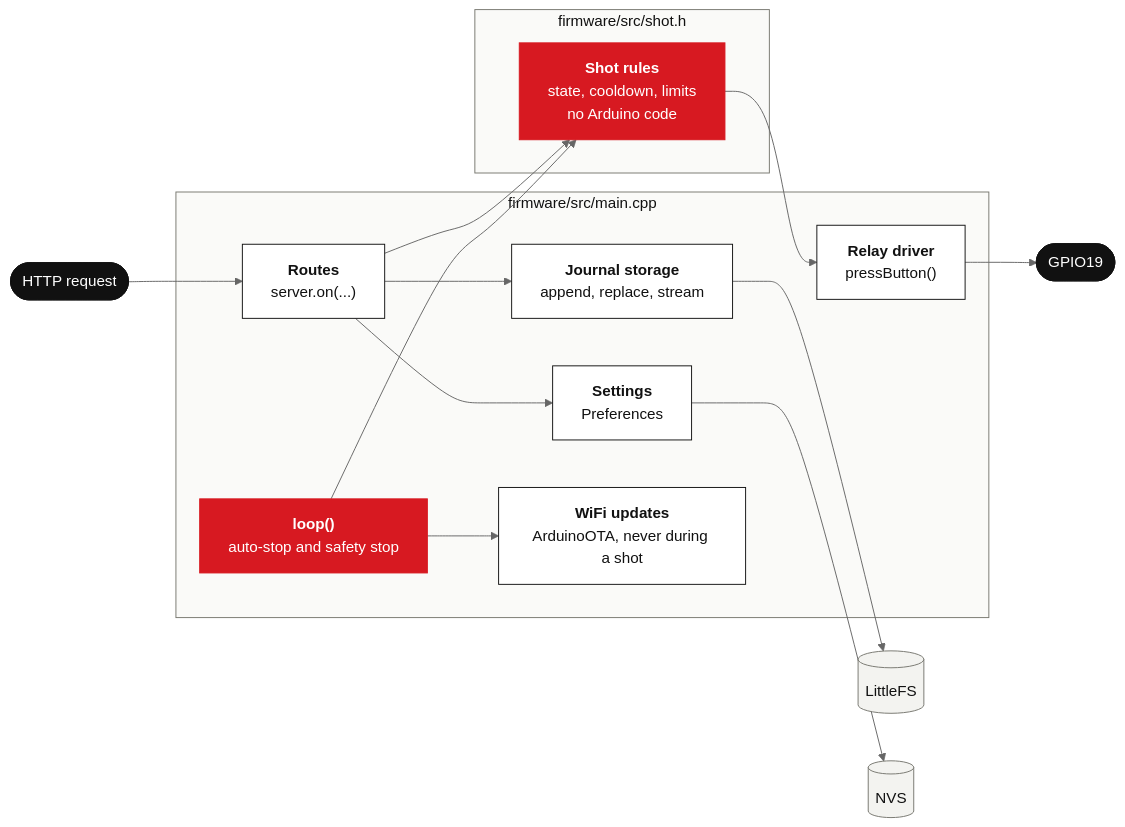
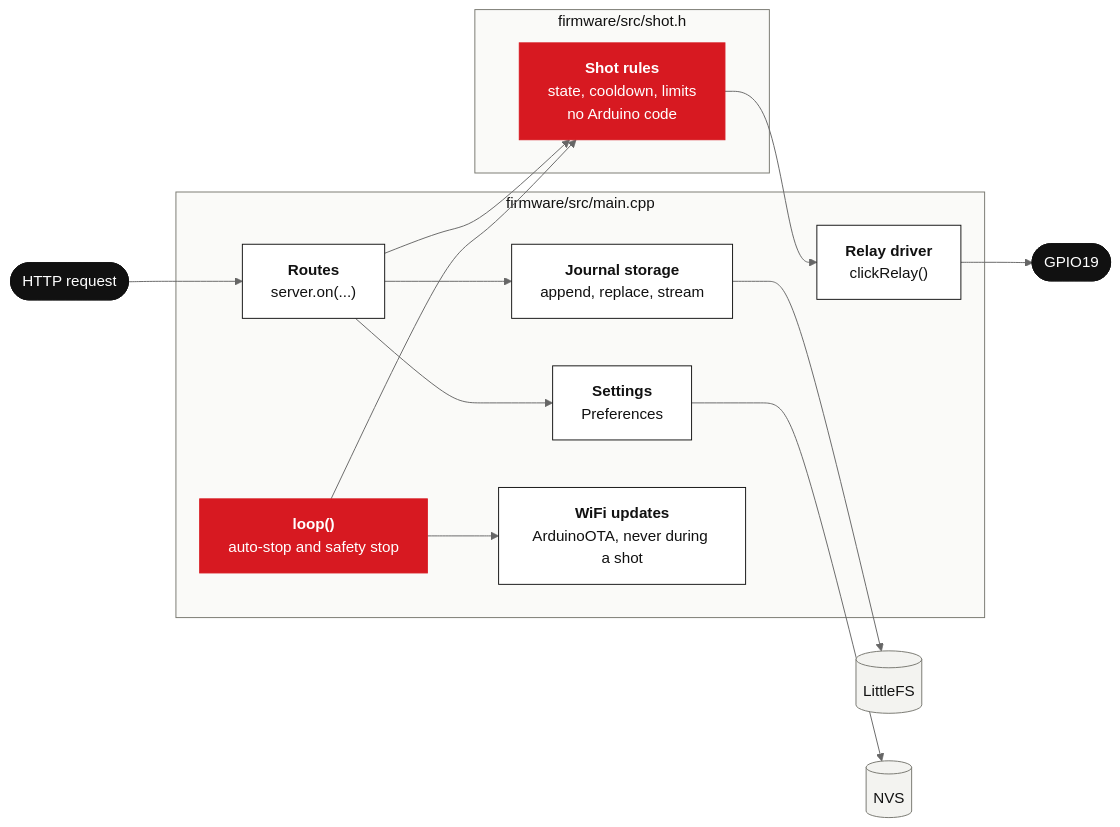
The third of 8 diagrams in docs/architecture.md (yiannosparanomos/gaggia-control-and-log), drawn with Mermaid (neutral theme) before and after one commit. The commit also changed other lines of this file and 16 other files, not shown here.

````diff
--- a/docs/architecture.md
+++ b/docs/architecture.md
@@ -85,43 +86,43 @@
 ```mermaid
 flowchart LR
   req(["HTTP request"])
 
   subgraph main["firmware/src/main.cpp"]
     routes["<b>Routes</b><br/>server.on(...)"]
     loopfn["<b>loop()</b><br/>auto-stop and safety stop"]
-    press["<b>Relay driver</b><br/>pressButton()"]
+    press["<b>Relay driver</b><br/>clickRelay()"]
     journal["<b>Journal storage</b><br/>append, replace, stream"]
     settings["<b>Settings</b><br/>Preferences"]
     ota["<b>WiFi updates</b><br/>ArduinoOTA, never during a shot"]
   end
 
   subgraph header["firmware/src/shot.h"]
     shot["<b>Shot rules</b><br/>state, cooldown, limits<br/>no Arduino code"]
   end
 
   gpio(["GPIO19"])
   files[("LittleFS")]
   prefs[("NVS")]
 
   req --> routes
   routes --> shot
   routes --> journal
   routes --> settings
   loopfn --> shot
   shot --> press
   press --> gpio
   journal --> files
   settings --> prefs
   loopfn --> ota
 
   classDef edge fill:#111111,stroke:#111111,color:#ffffff
   classDef code fill:#ffffff,stroke:#111111,color:#111111
   classDef safety fill:#d71921,stroke:#d71921,color:#ffffff
   classDef store fill:#f3f3f0,stroke:#77776f,color:#111111
   style main fill:#fafaf8,stroke:#77776f,color:#111111
   class req,gpio edge
   style header fill:#fafaf8,stroke:#77776f,color:#111111
   class routes,press,journal,settings,ota code
   class shot,loopfn safety
   class files,prefs store
 ```
````
